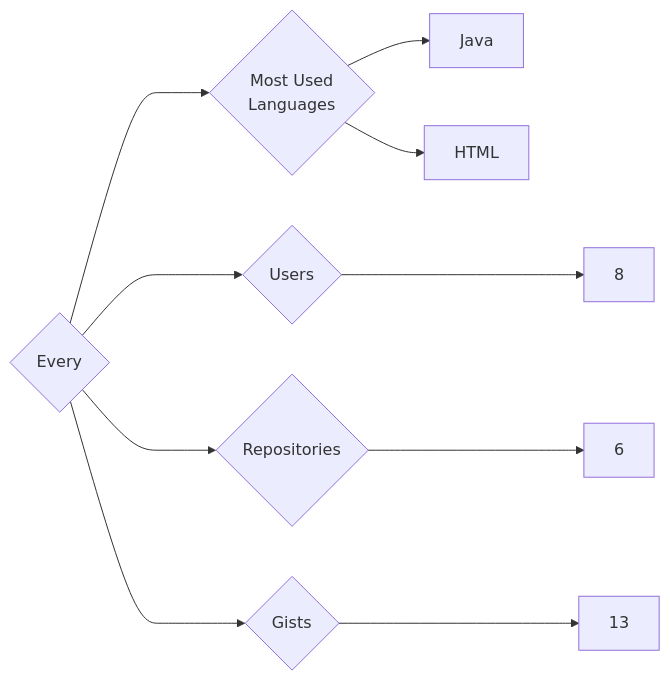
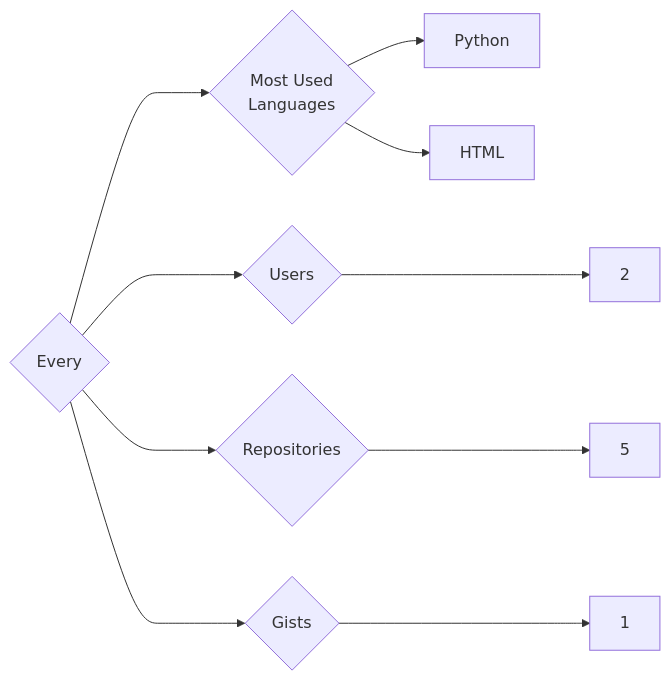
The diagram in targets/Every/README.md (trickest/insiders), drawn with Mermaid before and after one commit. The commit also changed 880 other files, not shown here.

````diff
--- a/targets/Every/README.md
+++ b/targets/Every/README.md
@@ -3,10 +3,10 @@
 ```mermaid
 graph LR
 COMPANY_NAME{Every}
-COMPANY_NAME ---> U{Users} ---> UN[8]
-COMPANY_NAME ---> R{Repositories} ---> RN[6]
-COMPANY_NAME ---> G{Gists} ---> GN[13]
+COMPANY_NAME ---> U{Users} ---> UN[2]
+COMPANY_NAME ---> R{Repositories} ---> RN[5]
+COMPANY_NAME ---> G{Gists} ---> GN[1]
 COMPANY_NAME ---> ML{Most Used<br>Languages}
-ML --> Java[Java]
+ML --> Python[Python]
 ML --> HTML[HTML]
 ```
````
